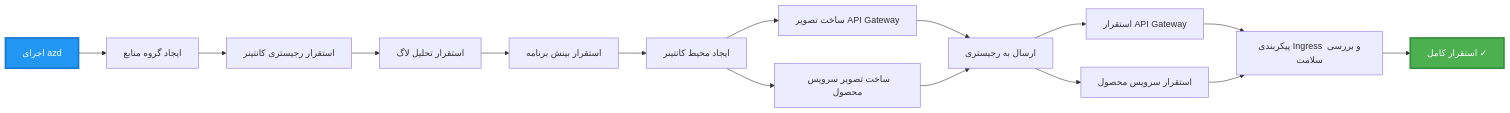
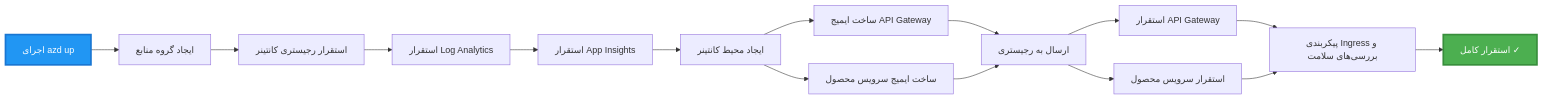
Before and after one commit to microsoft/AZD-for-beginners: the third of 4 diagrams in translations/fa/examples/microservices/README.md, drawn with Mermaid. The commit also changed other lines of this file and 298 other files, not shown here.

````diff
--- a/translations/fa/examples/microservices/README.md
+++ b/translations/fa/examples/microservices/README.md
@@ -242,20 +233,20 @@
 ```mermaid
 graph LR
-    A[اجرای azd] --> B[ایجاد گروه منابع]
+    A[اجرای azd up] --> B[ایجاد گروه منابع]
     B --> C[استقرار رجیستری کانتینر]
-    C --> D[استقرار تحلیل لاگ]
-    D --> E[استقرار بینش برنامه]
+    C --> D[استقرار Log Analytics]
+    D --> E[استقرار App Insights]
     E --> F[ایجاد محیط کانتینر]
-    F --> G[ساخت تصویر API Gateway]
-    F --> H[ساخت تصویر سرویس محصول]
+    F --> G[ساخت ایمیج API Gateway]
+    F --> H[ساخت ایمیج سرویس محصول]
     G --> I[ارسال به رجیستری]
     H --> I
     I --> J[استقرار API Gateway]
     I --> K[استقرار سرویس محصول]
-    J --> L[پیکربندی Ingress و بررسی سلامت]
+    J --> L[پیکربندی Ingress و بررسی‌های سلامت]
     K --> L
     L --> M[استقرار کامل ✓]
     
     style A fill:#2196F3,stroke:#1976D2,stroke-width:3px,color:#fff
     style M fill:#4CAF50,stroke:#388E3C,stroke-width:3px,color:#fff
 ```
````
